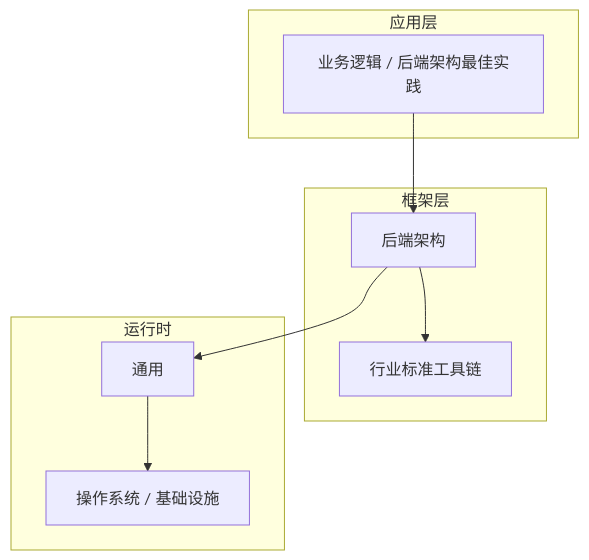
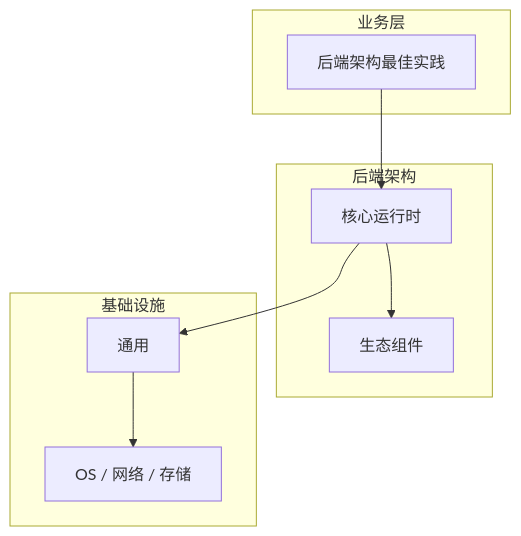
The diagram in articles/后端架构/chapters/114-后端架构最佳实践核心概念与原理.md (yanggan2015/knowledge-json-v2), drawn with Mermaid before and after one commit. The commit also changed other lines of this file and 10127 other files, not shown here.

````diff
--- a/articles/后端架构/chapters/114-后端架构最佳实践核心概念与原理.md
+++ b/articles/后端架构/chapters/114-后端架构最佳实践核心概念与原理.md
@@ -45,18 +34,18 @@
 ```mermaid
 graph TB
-    subgraph 应用层
-        A[业务逻辑 / 后端架构最佳实践]
+    subgraph 业务层
+        A[后端架构最佳实践]
     end
-    subgraph 框架层
-        B[后端架构]
-        C[行业标准工具链]
+    subgraph 后端架构
+        B[核心运行时]
+        C[生态组件]
     end
-    subgraph 运行时
+    subgraph 基础设施
         D[通用]
-        E[操作系统 / 基础设施]
+        E[OS / 网络 / 存储]
     end
     A --> B
     B --> C
     B --> D
     D --> E
 ```
````
